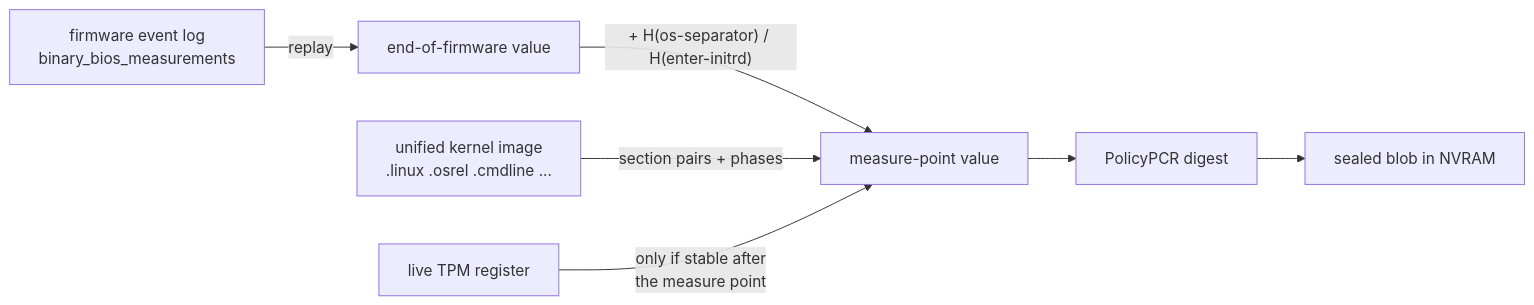
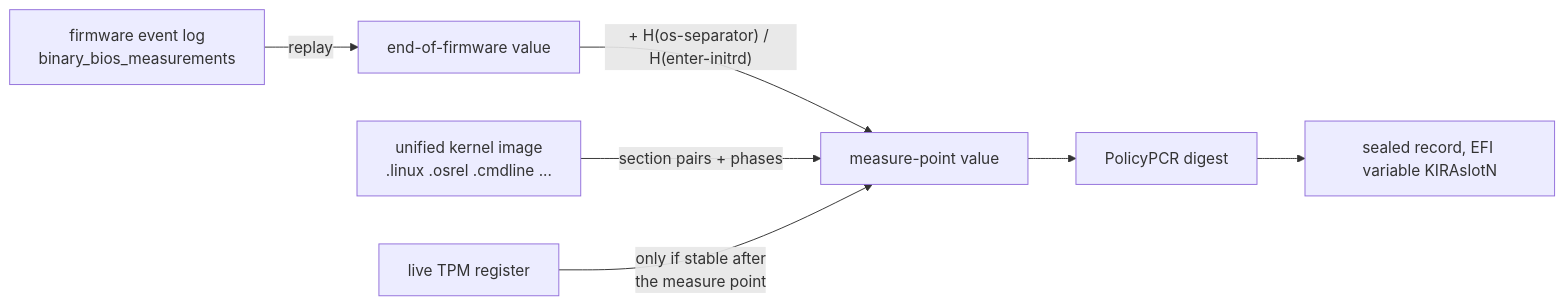
The second of 3 diagrams in docs/SECURITY-BACKGROUND.md (mrwiora/tpm2-kira), drawn with Mermaid before and after one commit. The commit also changed other lines of this file and 11 other files, not shown here.

First line of the commit message:
Docs: the slot's record in KIRAslotN, TOTP chosen

````diff
--- a/docs/SECURITY-BACKGROUND.md
+++ b/docs/SECURITY-BACKGROUND.md
@@ -700,9 +744,9 @@
 ```mermaid
 flowchart LR
     A["firmware event log<br/>binary_bios_measurements"] -->|replay| B["end-of-firmware value"]
     B -->|"+ H(os-separator) / H(enter-initrd)"| C["measure-point value"]
     D["unified kernel image<br/>.linux .osrel .cmdline ..."] -->|"section pairs + phases"| C
     E["live TPM register"] -->|"only if stable after<br/>the measure point"| C
     C --> F["PolicyPCR digest"]
-    F --> G["sealed blob in NVRAM"]
+    F --> G["sealed record, EFI variable KIRAslotN"]
 ```
````
